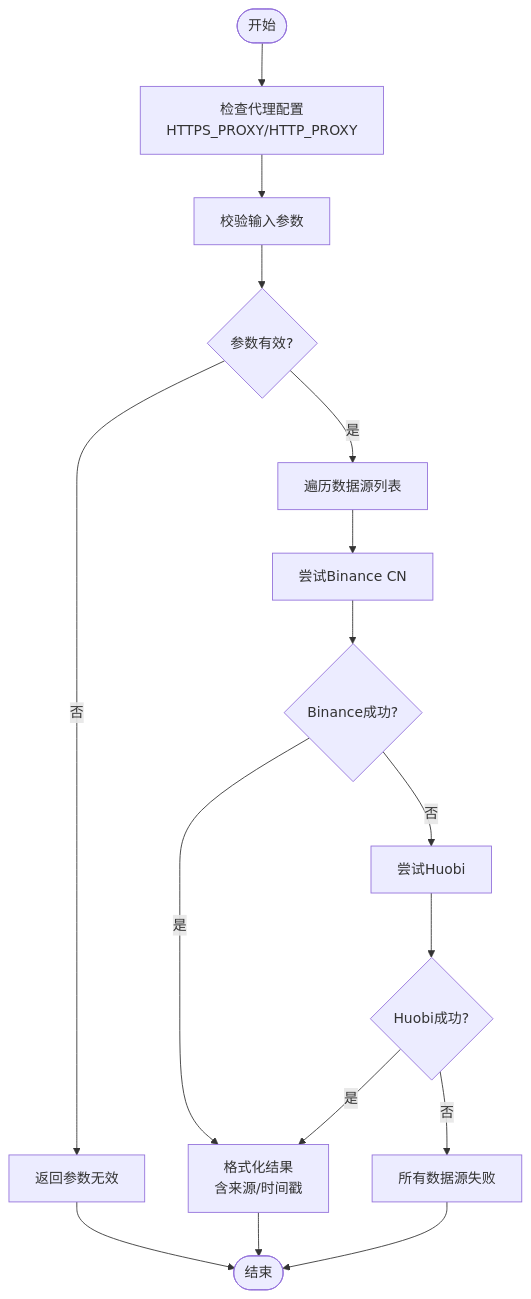
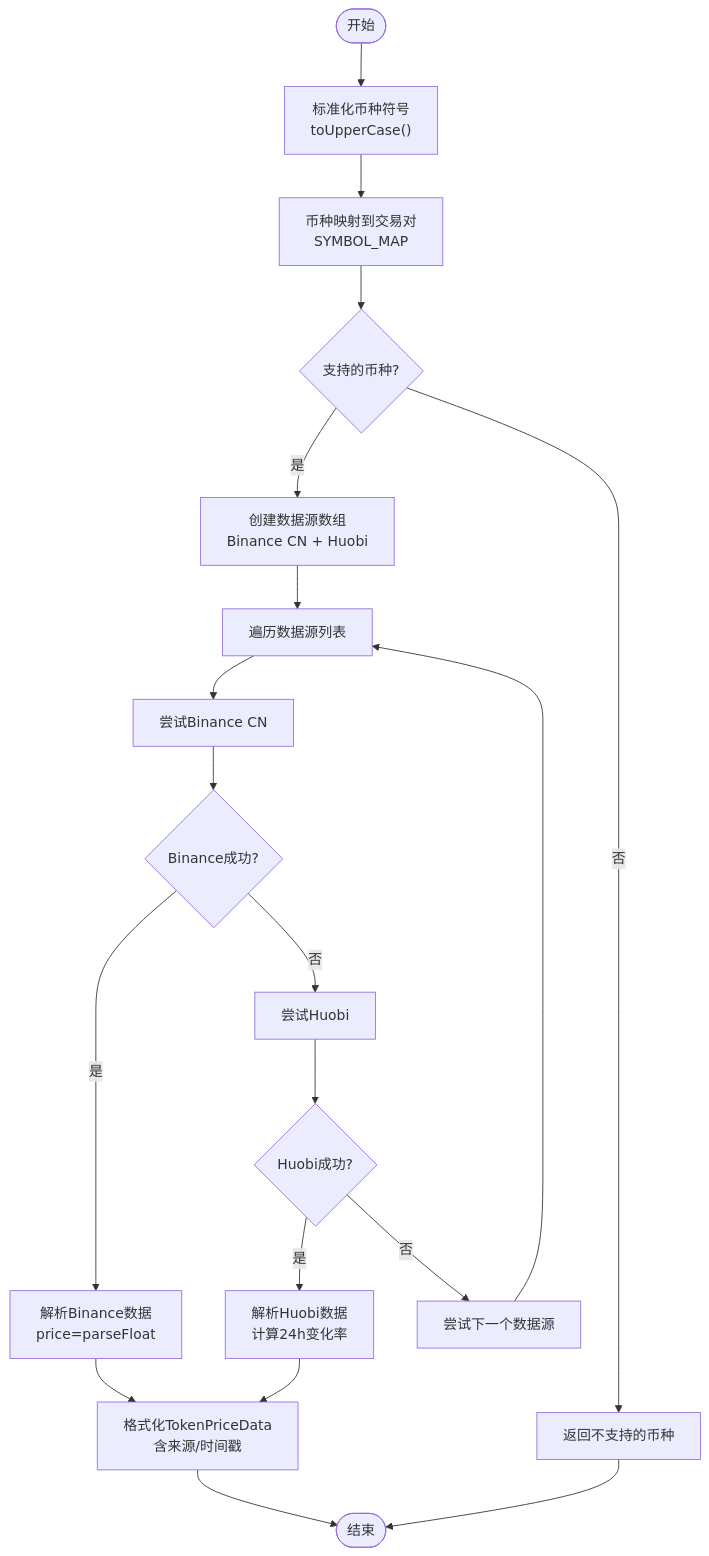
Before and after one commit to CryptoLinxu/Web3-AI-Agent: the third of 7 diagrams in .qoder/repowiki/zh/content/Web3工具集成/Web3工具集成.md, drawn with Mermaid. The commit also changed other lines of this file and 9 other files, not shown here.

````diff
--- a/.qoder/repowiki/zh/content/Web3工具集成/Web3工具集成.md
+++ b/.qoder/repowiki/zh/content/Web3工具集成/Web3工具集成.md
@@ -166,18 +195,21 @@
 ```mermaid
 flowchart TD
-Start(["开始"]) --> Proxy["检查代理配置<br/>HTTPS_PROXY/HTTP_PROXY"]
-Proxy --> Validate["校验输入参数"]
-Validate --> Valid{"参数有效?"}
-Valid --> |否| ErrParam["返回参数无效"]
-Valid --> |是| Loop["遍历数据源列表"]
+Start(["开始"]) --> Normalize["标准化币种符号<br/>toUpperCase()"]
+Normalize --> Map["币种映射到交易对<br/>SYMBOL_MAP"]
+Map --> Valid{"支持的币种?"}
+Valid --> |否| ErrUnsupported["返回不支持的币种"]
+Valid --> |是| CreateSources["创建数据源数组<br/>Binance CN + Huobi"]
+CreateSources --> Loop["遍历数据源列表"]
 Loop --> TryBinance["尝试Binance CN"]
 TryBinance --> BinOk{"Binance成功?"}
-BinOk --> |是| Format["格式化结果<br/>含来源/时间戳"]
+BinOk --> |是| ParseBinance["解析Binance数据<br/>price=parseFloat"]
 BinOk --> |否| TryHuobi["尝试Huobi"]
 TryHuobi --> HuoOk{"Huobi成功?"}
-HuoOk --> |是| Format
-HuoOk --> |否| ErrAll["所有数据源失败"]
-ErrAll --> Done(["结束"])
-Format --> Done
-ErrParam --> Done
+HuoOk --> |是| ParseHuobi["解析Huobi数据<br/>计算24h变化率"]
+HuoOk --> |否| NextSource["尝试下一个数据源"]
+NextSource --> Loop
+ParseBinance --> Format["格式化TokenPriceData<br/>含来源/时间戳"]
+ParseHuobi --> Format
+Format --> Done(["结束"])
+ErrUnsupported --> Done
 ```
````
